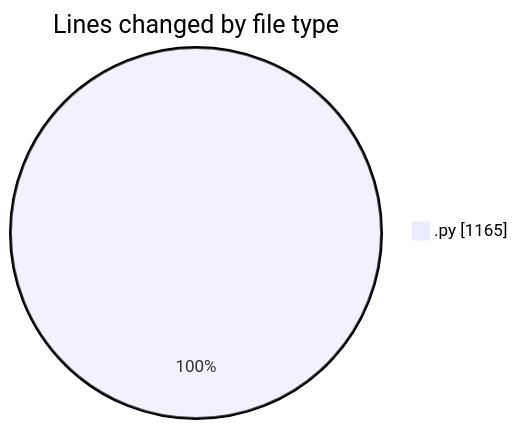
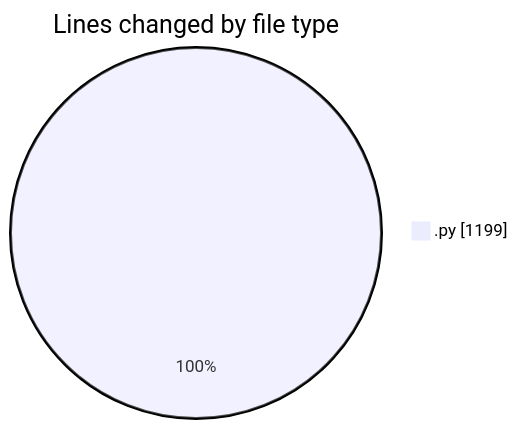
One commit to momahboobian/code-tracking changed the first of 2 diagrams in 2025-05-06/samplepdf/README.md. Above: the diagram before and after it, drawn with Mermaid. The commit also changed other lines of this file and 1 other file, not shown here.

````diff
--- a/2025-05-06/samplepdf/README.md
+++ b/2025-05-06/samplepdf/README.md
@@ -31,5 +32,5 @@
 ```mermaid
 pie showData
 title Lines changed by file type
-".py" : 1165
+".py" : 1199
 ```
````
